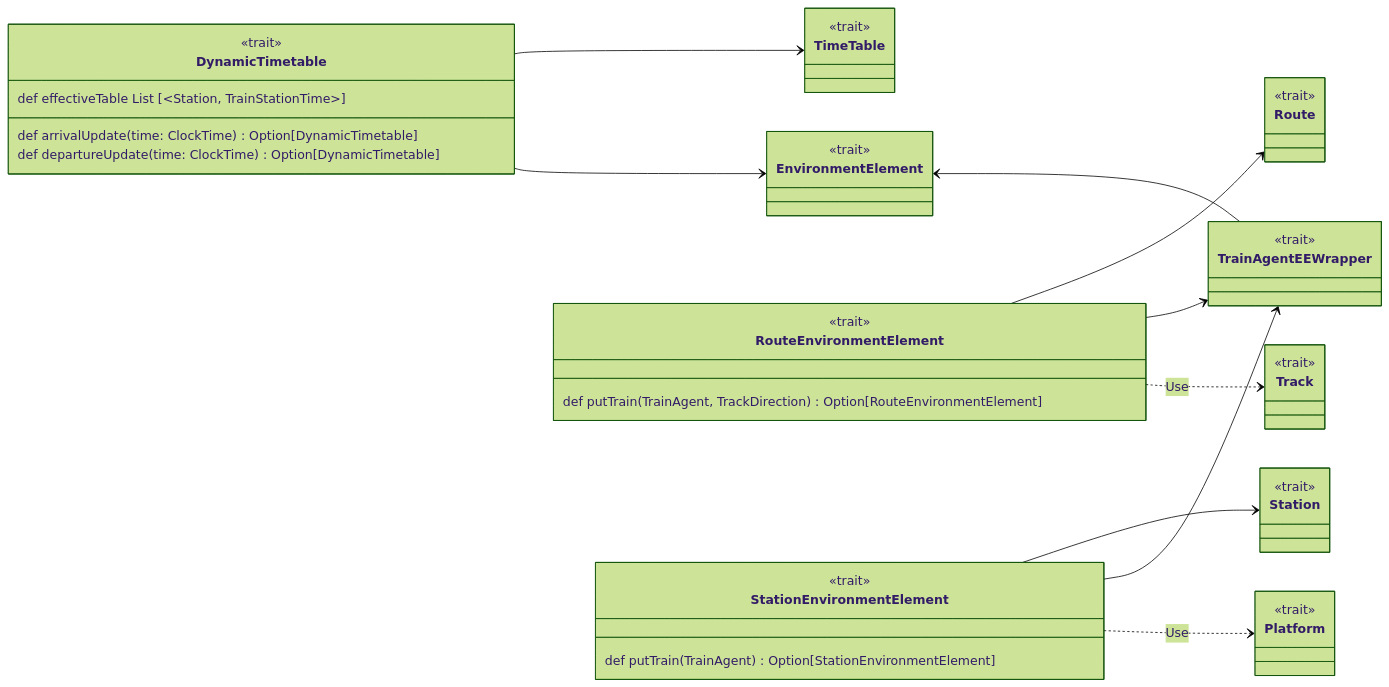
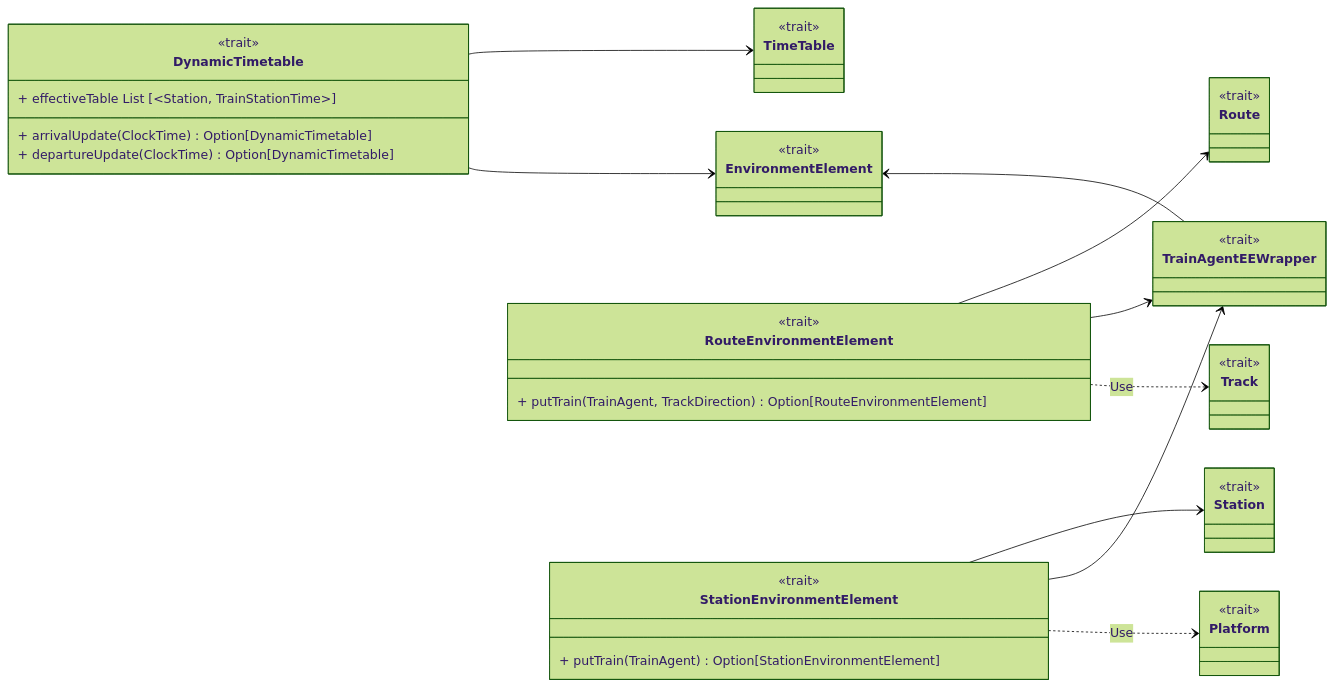
Before and after one commit to dev-pps/pps-23-ulisse: diagram 15 of 20 in docs/report/4-details-design.md, drawn with Mermaid (forest theme). The commit also changed other lines of this file, not shown here.

Commit message:
docs(Architecture): adjust uml

````diff
--- a/docs/report/4-details-design.md
+++ b/docs/report/4-details-design.md
@@ -764,43 +764,43 @@
 ```mermaid
 classDiagram
     direction LR
     class EnvironmentElement
     class DynamicTimetable {
-        def effectiveTable List [~Station, TrainStationTime~]
-        def arrivalUpdate(time: ClockTime) Option[DynamicTimetable]
-        def departureUpdate(time: ClockTime) Option[DynamicTimetable]
+        + effectiveTable List [~Station, TrainStationTime~]
+        + arrivalUpdate(ClockTime) Option[DynamicTimetable]
+        + departureUpdate(ClockTime) Option[DynamicTimetable]
     }
     class TimeTable
     class RouteEnvironmentElement {
-        def putTrain(TrainAgent, TrackDirection) Option[RouteEnvironmentElement]
+        + putTrain(TrainAgent, TrackDirection) Option[RouteEnvironmentElement]
     }
     class Route
     class StationEnvironmentElement {
-        def putTrain(TrainAgent) Option[StationEnvironmentElement]
+        + putTrain(TrainAgent) Option[StationEnvironmentElement]
     }
     class Station
     class TrainAgentEEWrapper
     class Track
     class Platform
 
     <<trait>> EnvironmentElement
     <<trait>> DynamicTimetable
     <<trait>> TimeTable
     <<trait>> RouteEnvironmentElement
     <<trait>> Route
     <<trait>> StationEnvironmentElement
     <<trait>> Station
     <<trait>> TrainAgentEEWrapper
     <<trait>> Track
     <<trait>> Platform
     DynamicTimetable --> TimeTable
     DynamicTimetable --> EnvironmentElement
     RouteEnvironmentElement --> Route
     RouteEnvironmentElement --> TrainAgentEEWrapper
     StationEnvironmentElement --> Station
     StationEnvironmentElement --> TrainAgentEEWrapper
     EnvironmentElement <-- TrainAgentEEWrapper
     StationEnvironmentElement ..> Platform: Use
     RouteEnvironmentElement ..> Track: Use
 
 ```
````
